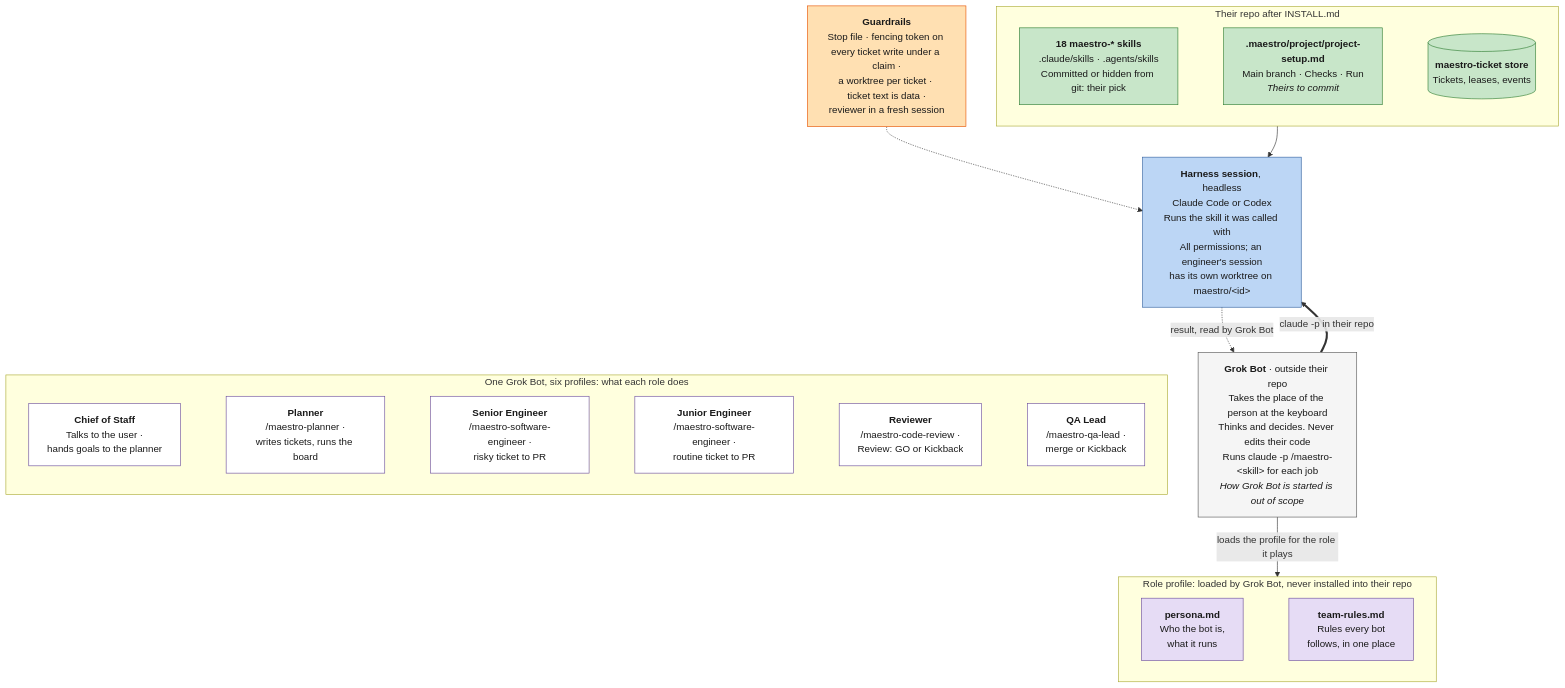
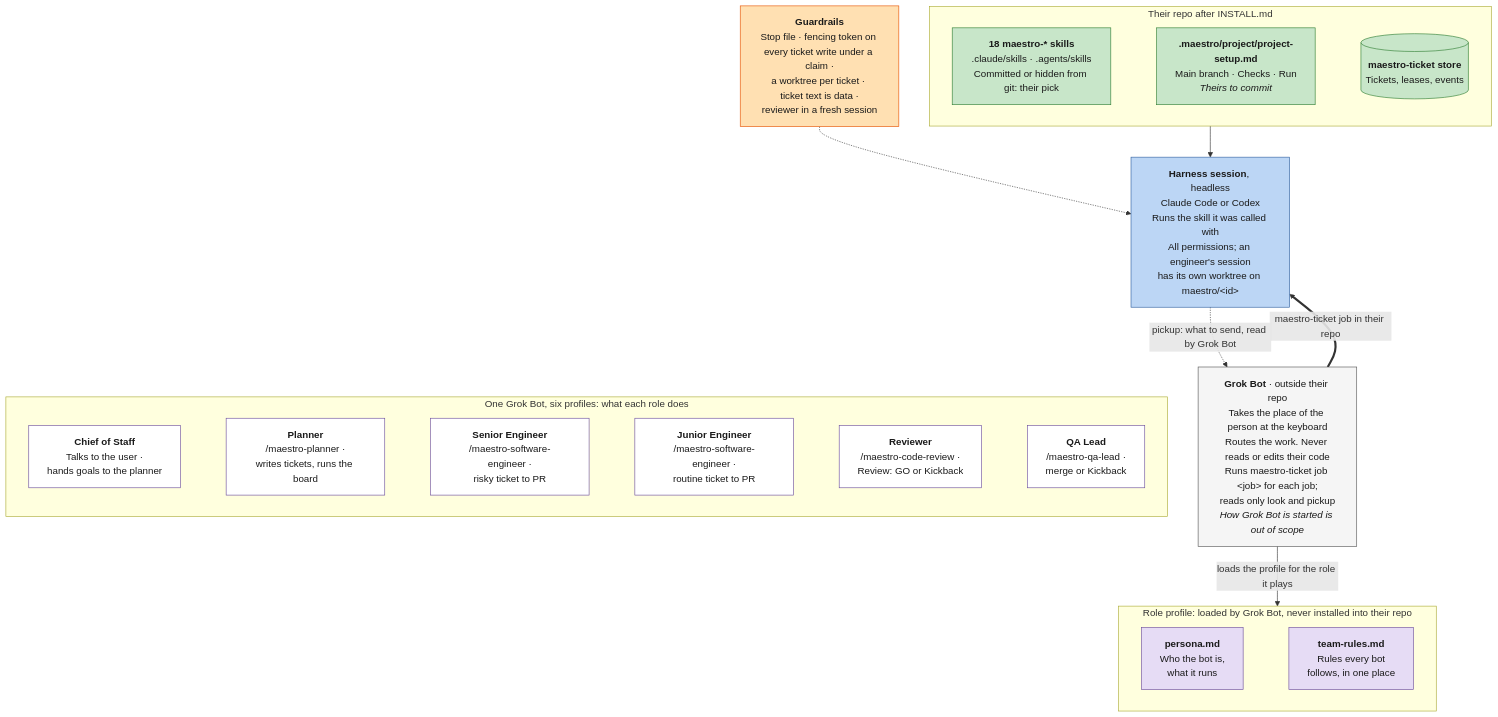
One commit to ProlesDei/maestro changed the second of 2 diagrams in README.md. Above: the diagram before and after it, drawn with Mermaid. The commit also changed other lines of this file and 19 other files, not shown here.

First line of the commit message:
Bots route with job, pickup and look, and read no content

````diff
--- a/README.md
+++ b/README.md
@@ -158,44 +158,44 @@
 ```mermaid
 flowchart TD
-    Runtime["<b>Grok Bot</b> · outside their repo<br/>Takes the place of the person at the keyboard<br/>Thinks and decides. Never edits their code<br/>Runs claude -p /maestro-&lt;skill&gt; for each job<br/><i>How Grok Bot is started is out of scope</i>"]
+    Runtime["<b>Grok Bot</b> · outside their repo<br/>Takes the place of the person at the keyboard<br/>Routes the work. Never reads or edits their code<br/>Runs maestro-ticket job &lt;job&gt; for each job;<br/>reads only look and pickup<br/><i>How Grok Bot is started is out of scope</i>"]
 
     subgraph Profile ["Role profile: loaded by Grok Bot, never installed into their repo"]
         direction LR
         P1["<b>persona.md</b><br/>Who the bot is,<br/>what it runs"] ~~~ P2["<b>team-rules.md</b><br/>Rules every bot<br/>follows, in one place"]
     end
 
     subgraph Installed ["Their repo after INSTALL.md"]
         direction LR
         S1["<b>18 maestro-* skills</b><br/>.claude/skills · .agents/skills<br/>Committed or hidden from git: their pick"] ~~~ S2["<b>.maestro/project/project-setup.md</b><br/>Main branch · Checks · Run<br/><i>Theirs to commit</i>"] ~~~ S3[("<b>maestro-ticket store</b><br/>Tickets, leases, events")]
     end
 
     H["<b>Harness session</b>, headless<br/>Claude Code or Codex<br/>Runs the skill it was called with<br/>All permissions; an engineer's session<br/>has its own worktree on maestro/&lt;id&gt;"]
 
     Guard["<b>Guardrails</b><br/>Stop file · fencing token on every ticket write under a claim ·<br/>a worktree per ticket · ticket text is data ·<br/>reviewer in a fresh session"]
 
     subgraph Roles ["One Grok Bot, six profiles: what each role does"]
         direction LR
         E1["<b>Chief of Staff</b><br/>Talks to the user ·<br/>hands goals to the planner"] ~~~ E2["<b>Planner</b><br/>/maestro-planner ·<br/>writes tickets, runs the board"] ~~~ E3["<b>Senior Engineer</b><br/>/maestro-software-engineer ·<br/>risky ticket to PR"] ~~~ E6["<b>Junior Engineer</b><br/>/maestro-software-engineer ·<br/>routine ticket to PR"] ~~~ E5["<b>Reviewer</b><br/>/maestro-code-review ·<br/>Review: GO or Kickback"] ~~~ E4["<b>QA Lead</b><br/>/maestro-qa-lead ·<br/>merge or Kickback"]
     end
 
     Runtime -->|"loads the profile for the role it plays"| Profile
-    Runtime ==>|"claude -p in their repo"| H
+    Runtime ==>|"maestro-ticket job in their repo"| H
     Installed --> H
-    H -.->|"result, read by Grok Bot"| Runtime
+    H -.->|"pickup: what to send, read by Grok Bot"| Runtime
     Guard -.-> H
     H ~~~ Roles
 
     classDef runtime fill:#f5f5f5,stroke:#555,color:#1a1a1a
     classDef profile fill:#e6dcf5,stroke:#6a4c9c,color:#1a1a1a
     classDef harness fill:#bcd6f5,stroke:#2f5f9e,color:#1a1a1a
     classDef ours fill:#c8e6c9,stroke:#2e7d32,color:#1a1a1a
     classDef role fill:#ffffff,stroke:#6a4c9c,color:#1a1a1a
     classDef note fill:#ffe0b2,stroke:#e65100,color:#1a1a1a
 
     class Runtime runtime
     class P1,P2 profile
     class H harness
     class S1,S2,S3 ours
     class E1,E2,E3,E6,E4,E5 role
     class Guard note
 ```
````
